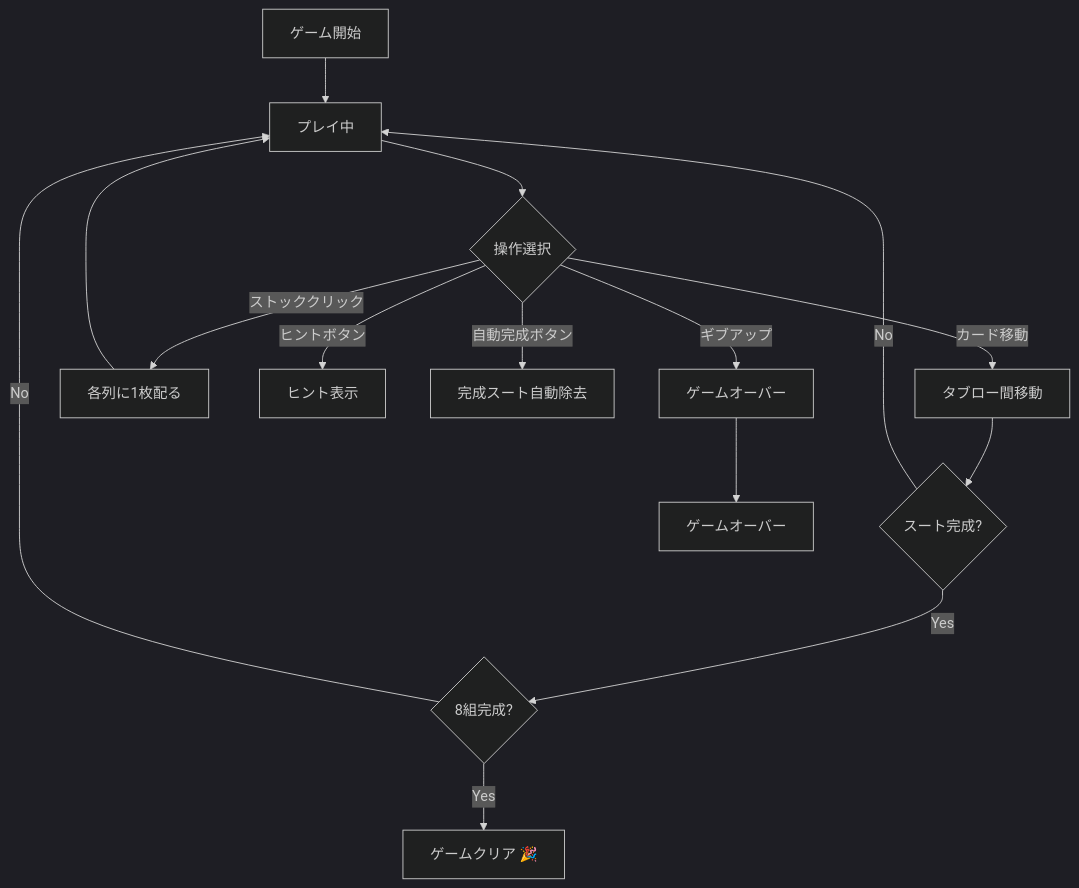
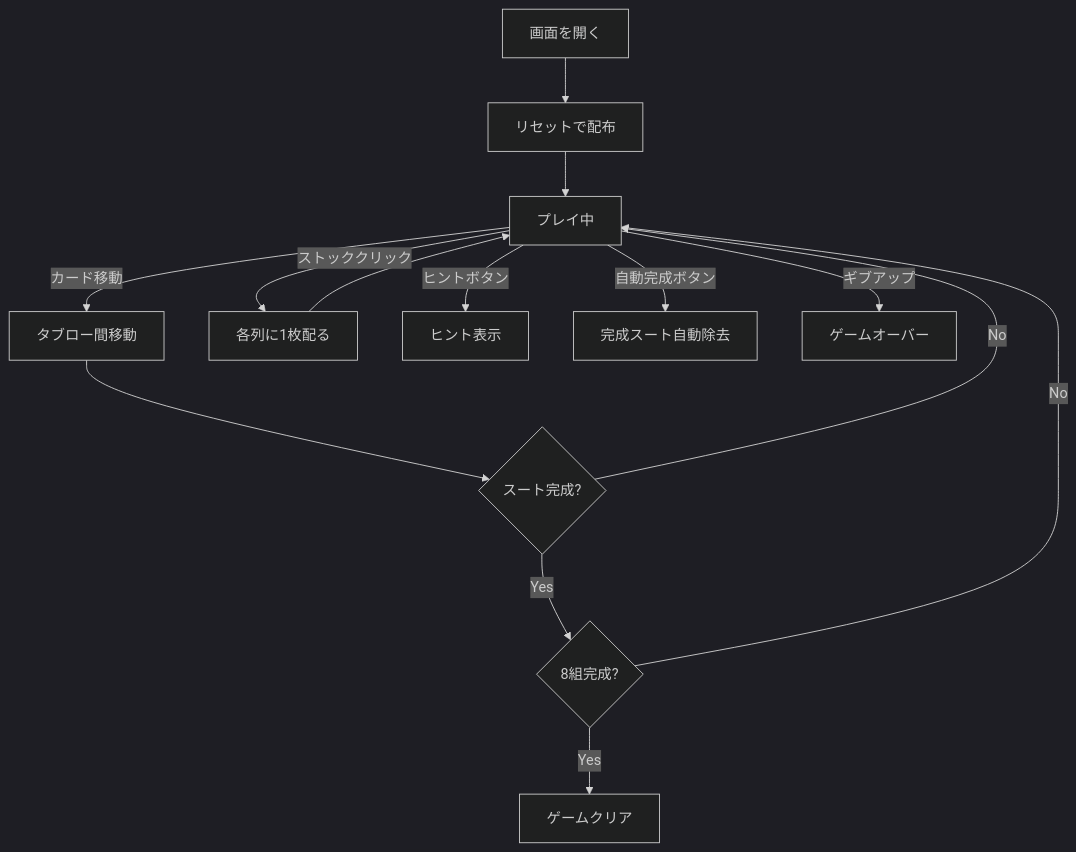
The diagram in docs/manual/web/spider.md (yuta-yoshinaga/go_trumpcards), drawn with Mermaid (dark theme) before and after one commit. The commit also changed other lines of this file and 10 other files, not shown here.

````diff
--- a/docs/manual/web/spider.md
+++ b/docs/manual/web/spider.md
@@ -68,17 +43,16 @@
 ```mermaid
 flowchart TD
-    A[ゲーム開始] --> B[プレイ中]
-    B --> C{操作選択}
+    A[画面を開く] --> B[リセットで配布]
+    B --> C[プレイ中]
     C -->|カード移動| D[タブロー間移動]
     C -->|ストッククリック| E[各列に1枚配る]
     C -->|ヒントボタン| F[ヒント表示]
     C -->|自動完成ボタン| G[完成スート自動除去]
     C -->|ギブアップ| H[ゲームオーバー]
     D --> I{スート完成?}
     I -->|Yes| J{8組完成?}
-    I -->|No| B
-    J -->|Yes| K[ゲームクリア 🎉]
-    J -->|No| B
-    E --> B
-    H --> L[ゲームオーバー]
+    I -->|No| C
+    J -->|Yes| K[ゲームクリア]
+    J -->|No| C
+    E --> C
 ```
````
